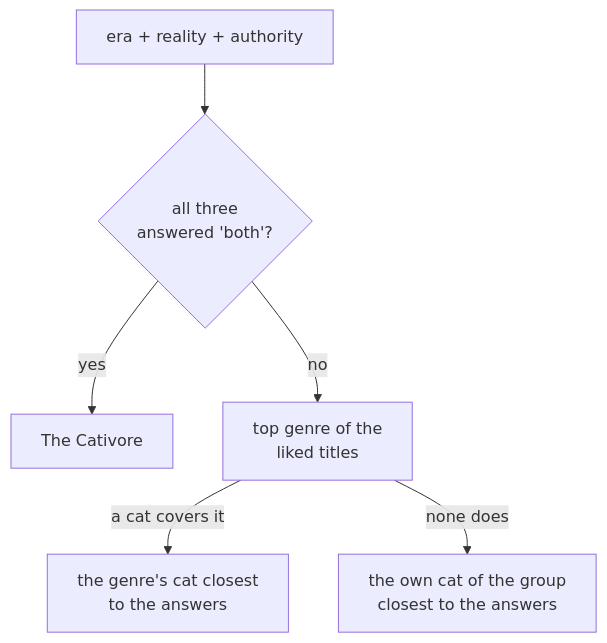
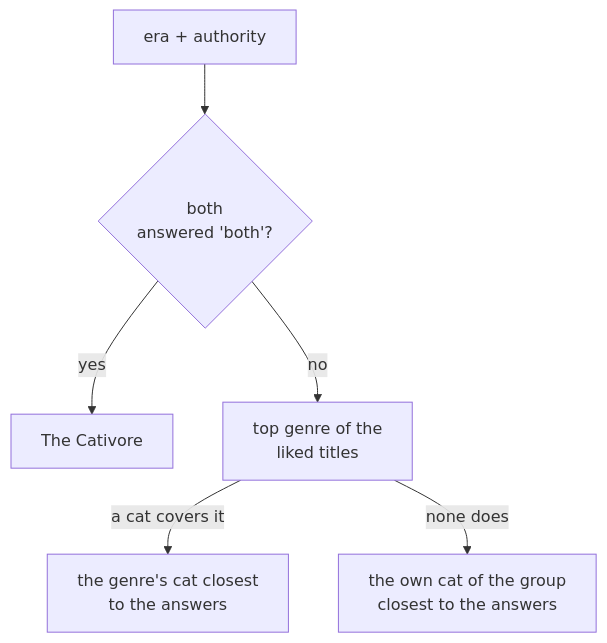
Before and after one commit to Nicky-Sa/meowie-reactnative: the second of 2 diagrams in features/taste/how-taste-works.md, drawn with Mermaid. The commit also changed other lines of this file and 16 other files, not shown here.

````diff
--- a/features/taste/how-taste-works.md
+++ b/features/taste/how-taste-works.md
@@ -122,8 +120,8 @@
 ```mermaid
 flowchart TD
-    A[era + reality + authority] --> B{all three<br/>answered 'both'?}
+    A[era + authority] --> B{both<br/>answered 'both'?}
     B -->|yes| C[The Cativore]
     B -->|no| D[top genre of the<br/>liked titles]
     D -->|a cat covers it| E[the genre's cat closest<br/>to the answers]
     D -->|none does| F[the own cat of the group<br/>closest to the answers]
 ```
````
